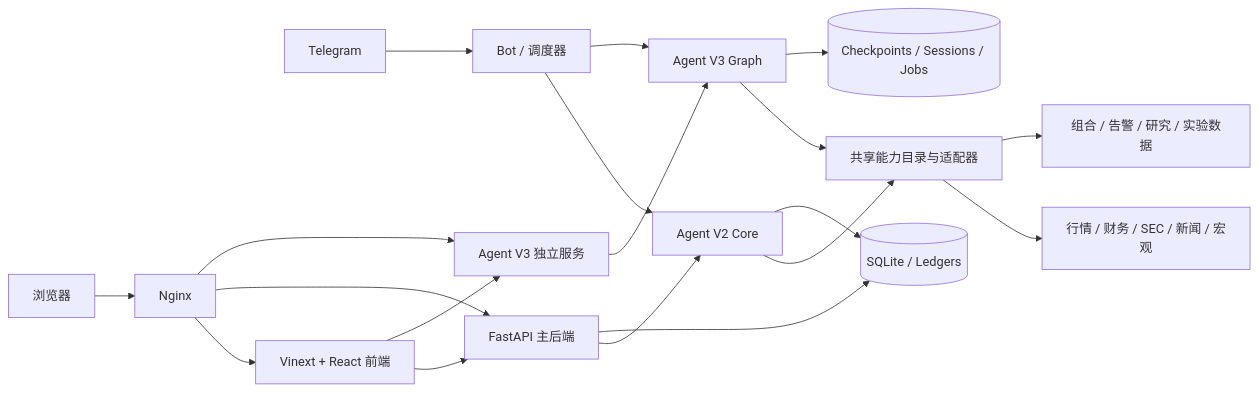
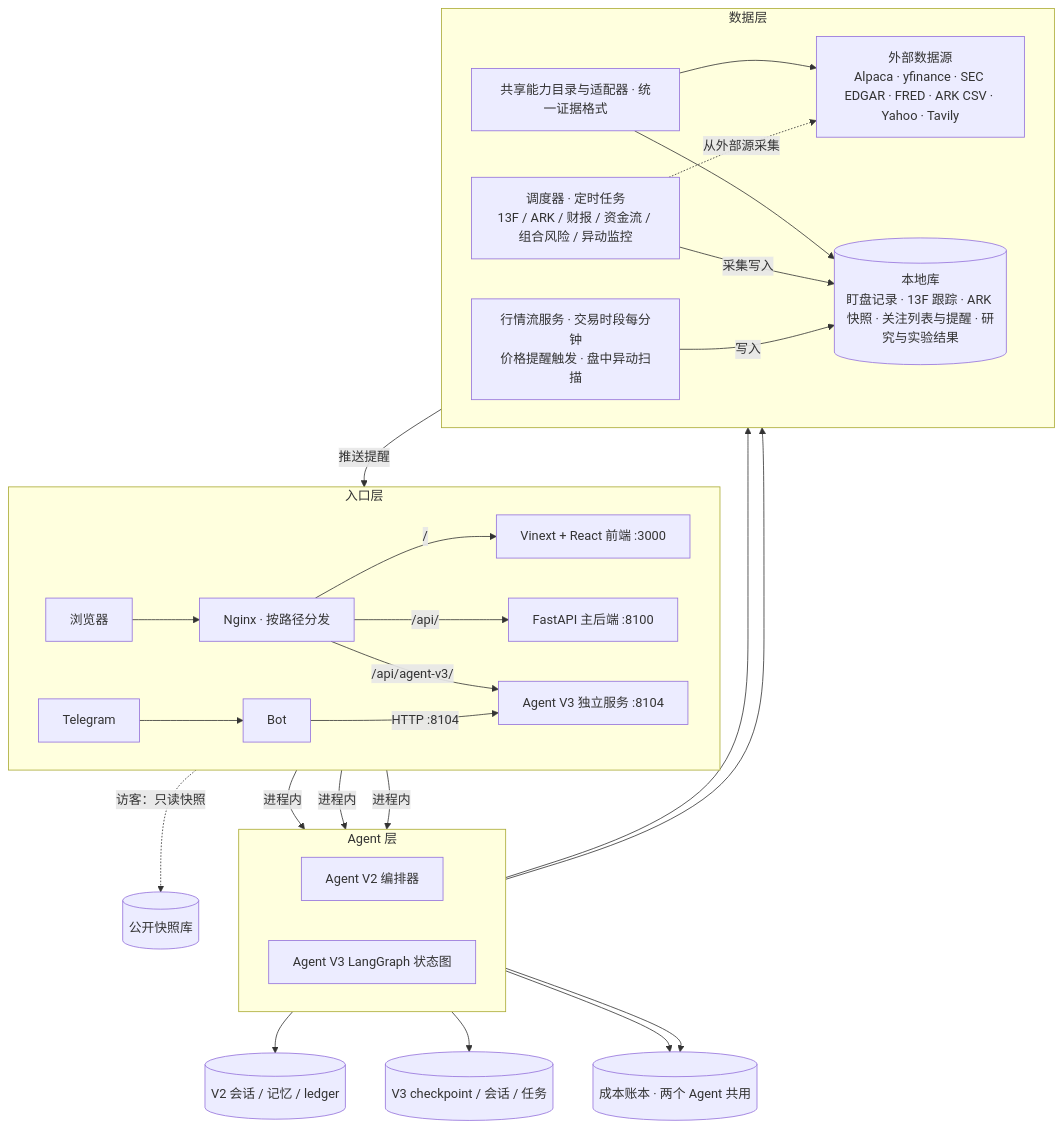
Before and after one commit to YuhanWang03/market-intelligence-workbench: the first of 3 diagrams in README.md, drawn with Mermaid.

Commit message:
docs: the architecture diagram in three layers, with the writers drawn
The old diagram had the bot running Agent V3 in-process (it calls the
V3 HTTP service on :8104, the same entry the web uses), mixed nginx's
physical routing with the front end's logical calls, and showed data
flowing only from the agents outward. The redraw separates entry (nginx
path routing, Telegram via the bot), agents (V2 in-process in the main
backend and the bot, V3 as one service reached over HTTP), and data
(shared capability catalog over external sources and local stores, with
the scheduler and the streamer drawn as the services that fill the local
stores the agents read). Rendered with Mermaid 11 before committing.

````diff
--- a/README.md
+++ b/README.md
@@ -83,26 +83,45 @@
 ```mermaid
-flowchart LR
-    U[浏览器] --> N[Nginx]
-    T[Telegram] --> B[Bot / 调度器]
+flowchart TB
+    subgraph ENTRY [入口层]
+        direction LR
+        U[浏览器] --> N[Nginx · 按路径分发]
+        N -- / --> F[Vinext + React 前端 :3000]
+        N -- /api/ --> API[FastAPI 主后端 :8100]
+        N -- /api/agent-v3/ --> V3API[Agent V3 独立服务 :8104]
+        T[Telegram] --> B[Bot]
+    end
 
-    N --> F[Vinext + React 前端]
-    N --> API[FastAPI 主后端]
-    N --> V3API[Agent V3 独立服务]
+    subgraph AGENTS [Agent 层]
+        direction LR
+        V2[Agent V2 编排器]
+        V3[Agent V3 LangGraph 状态图]
+    end
 
-    F --> API
-    F --> V3API
-    B --> V2[Agent V2 Core]
-    B --> V3[Agent V3 Graph]
+    API -- 进程内 --> V2
+    B -- 进程内 --> V2
+    V3API -- 进程内 --> V3
+    B -- HTTP :8104 --> V3API
+    API -. 访客：只读快照 .-> SNAP[(公开快照库)]
 
-    API --> V2
-    V3API --> V3
+    subgraph DATA [数据层]
+        direction LR
+        CAP[共享能力目录与适配器 · 统一证据格式]
+        EXT[外部数据源<br/>Alpaca · yfinance · SEC EDGAR · FRED · ARK CSV · Yahoo · Tavily]
+        LOCAL[(本地库<br/>盯盘记录 · 13F 跟踪 · ARK 快照 · 关注列表与提醒 · 研究与实验结果)]
+        SCH[调度器 · 定时任务<br/>13F / ARK / 财报 / 资金流 / 组合风险 / 异动监控]
+        STR[行情流服务 · 交易时段每分钟<br/>价格提醒触发 · 盘中异动扫描]
+    end
 
-    V2 --> CAP[共享能力目录与适配器]
+    V2 --> CAP
     V3 --> CAP
-    CAP --> DATA[行情 / 财务 / SEC / 新闻 / 宏观]
-    CAP --> STATE[组合 / 告警 / 研究 / 实验数据]
-
-    V2 --> DB[(SQLite / Ledgers)]
-    V3 --> V3DB[(Checkpoints / Sessions / Jobs)]
-    API --> DB
+    CAP --> EXT
+    CAP --> LOCAL
+    SCH -- 采集写入 --> LOCAL
+    STR -- 写入 --> LOCAL
+    SCH -. 从外部源采集 .-> EXT
+    STR -- 推送提醒 --> T
+    V2 --> V2DB[(V2 会话 / 记忆 / ledger)]
+    V3 --> V3DB[(V3 checkpoint / 会话 / 任务)]
+    V2 --> COST[(成本账本 · 两个 Agent 共用)]
+    V3 --> COST
 ```
````
